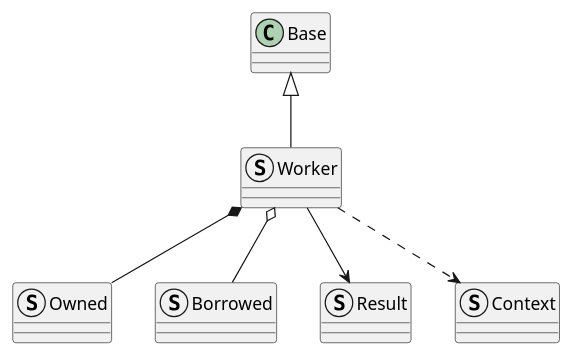
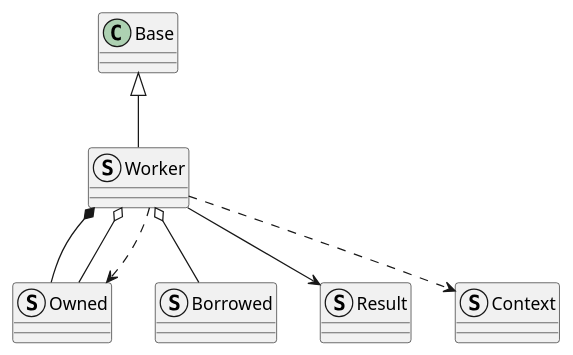
The diagram in validation/core/integration_test/class_design_implementation/positive_relationship_features/class_diagram.puml (eclipse-score/tooling), drawn with PlantUML before and after one commit. The commit also changed 2 other files, not shown here.

```diff
--- a/validation/core/integration_test/class_design_implementation/positive_relationship_features/class_diagram.puml
+++ b/validation/core/integration_test/class_design_implementation/positive_relationship_features/class_diagram.puml
@@ -14,18 +14,20 @@
 @startuml
 
 class Base
 
 struct Owned
 struct Borrowed
 struct Result
 struct Context
 
 struct Worker
 
 Base <|-- Worker
 Worker *-- Owned
+Worker o-- Owned
+Worker ..> Owned
 Worker o-- Borrowed
 Worker --> Result
 Worker ..> Context
 
 @enduml
```
